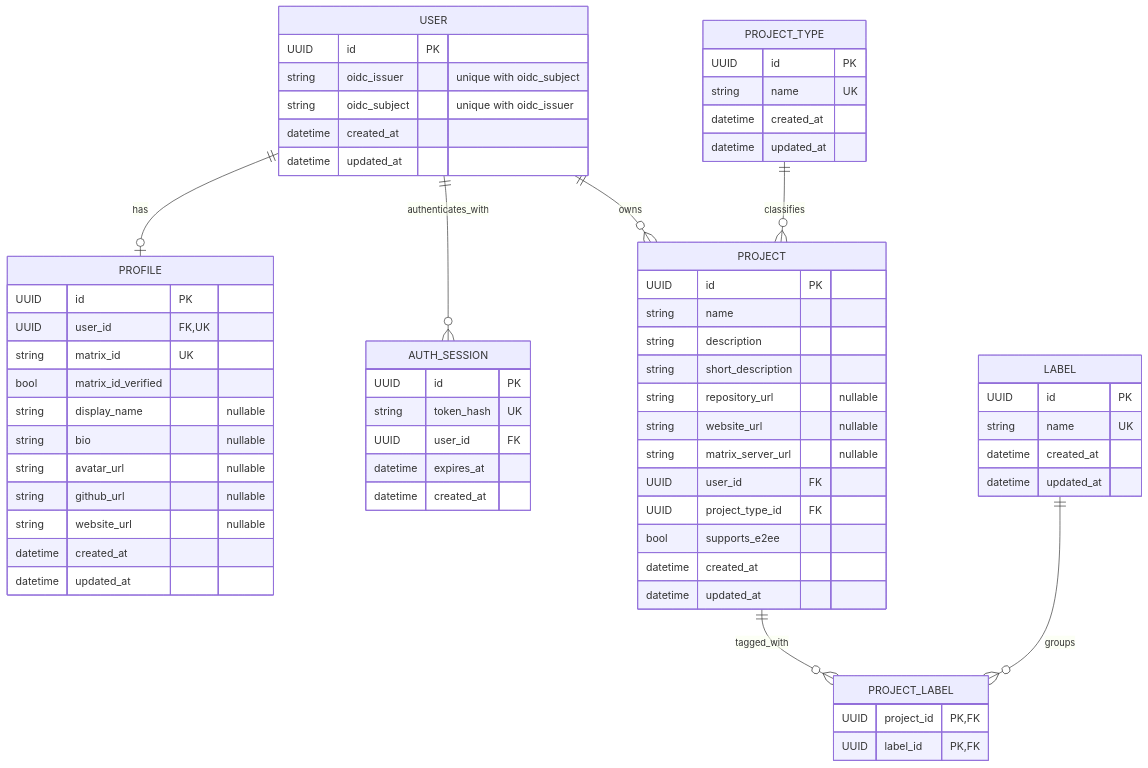
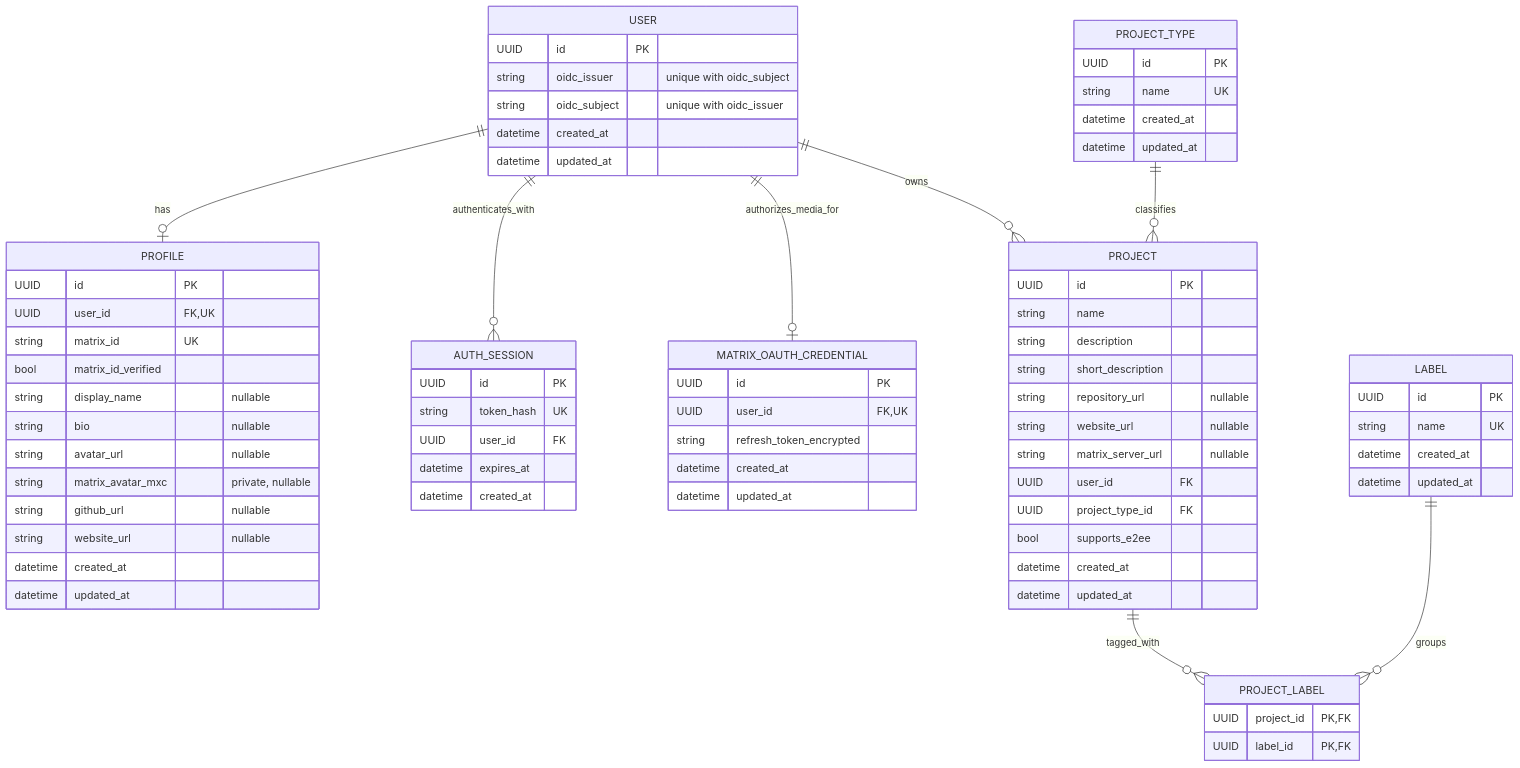
One commit to Code-Society-Lab/matrix-directory changed the second of 2 diagrams in docs/docs/architecture/authentication.md. Above: the diagram before and after it, drawn with Mermaid. The commit also changed other lines of this file and 11 other files, not shown here.

First line of the commit message:
Added Matrix avatar support with OAuth handling on the frontend (#51)

```diff
--- a/docs/docs/architecture/authentication.md
+++ b/docs/docs/architecture/authentication.md
@@ -80,6 +85,7 @@
 erDiagram
     USER ||--o| PROFILE : has
     USER ||--o{ AUTH_SESSION : authenticates_with
+    USER ||--o| MATRIX_OAUTH_CREDENTIAL : authorizes_media_for
     USER ||--o{ PROJECT : owns
     PROJECT_TYPE ||--o{ PROJECT : classifies
     PROJECT ||--o{ PROJECT_LABEL : tagged_with
@@ -101,6 +107,7 @@
         string display_name "nullable"
         string bio "nullable"
         string avatar_url "nullable"
+        string matrix_avatar_mxc "private, nullable"
         string github_url "nullable"
         string website_url "nullable"
         datetime created_at
@@ -113,6 +120,14 @@
         UUID user_id FK
         datetime expires_at
         datetime created_at
+    }
+
+    MATRIX_OAUTH_CREDENTIAL {
+        UUID id PK
+        UUID user_id FK, UK
+        string refresh_token_encrypted
+        datetime created_at
+        datetime updated_at
     }
 
     PROJECT {
```
